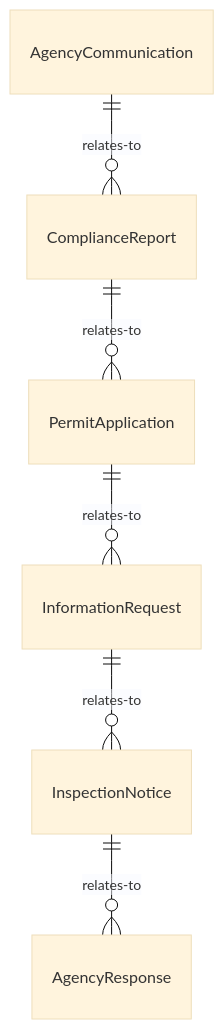
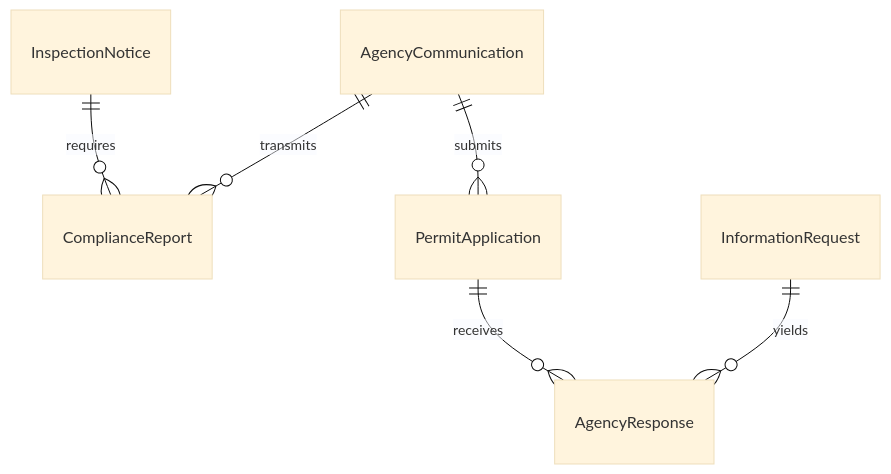
The first of 4 diagrams in CommunicatingWithSupervisorsPeersOrSubordinates/CoordinateActivitiesWithClientsAgenciesOrOrganizations/CommunicateGovernmentAgencies.mdx (dot-org-ai/tasks.org.ai), drawn with Mermaid (base theme) before and after one commit. The commit also changed other lines of this file and 515 other files, not shown here.

````diff
--- a/CommunicatingWithSupervisorsPeersOrSubordinates/CoordinateActivitiesWithClientsAgenciesOrOrganizations/CommunicateGovernmentAgencies.mdx
+++ b/CommunicatingWithSupervisorsPeersOrSubordinates/CoordinateActivitiesWithClientsAgenciesOrOrganizations/CommunicateGovernmentAgencies.mdx
@@ -89,8 +89,8 @@
 ```mermaid
 erDiagram
-    AgencyCommunication ||--o{ ComplianceReport : relates-to
-    ComplianceReport ||--o{ PermitApplication : relates-to
-    PermitApplication ||--o{ InformationRequest : relates-to
-    InformationRequest ||--o{ InspectionNotice : relates-to
-    InspectionNotice ||--o{ AgencyResponse : relates-to
+    AgencyCommunication ||--o{ ComplianceReport : transmits
+    AgencyCommunication ||--o{ PermitApplication : submits
+    InformationRequest ||--o{ AgencyResponse : yields
+    InspectionNotice ||--o{ ComplianceReport : requires
+    PermitApplication ||--o{ AgencyResponse : receives
 ```
````
